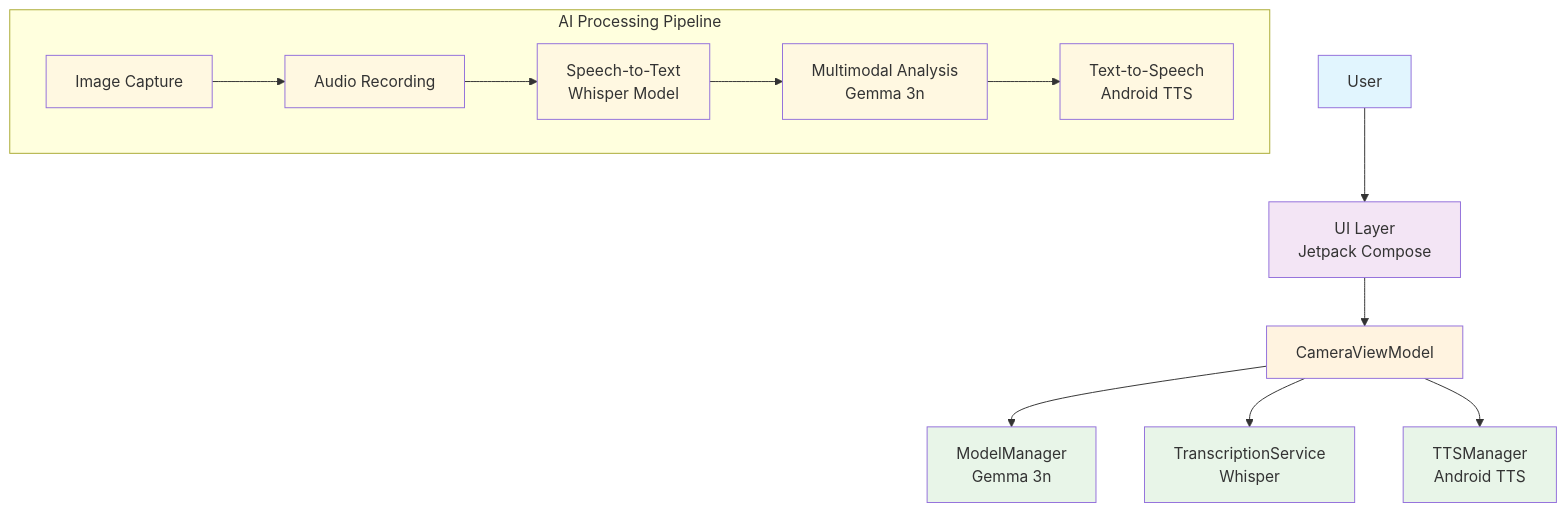
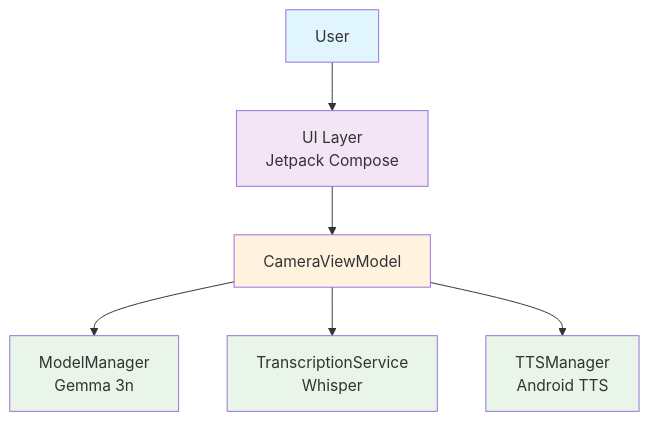
The first of 2 diagrams in README.md (JahnKhan/saveme-app), drawn with Mermaid before and after one commit. The commit also changed other lines of this file, not shown here.

````diff
--- a/README.md
+++ b/README.md
@@ -74,27 +56,15 @@
 ```mermaid
 graph TD
     A[User] --> B[UI Layer<br/>Jetpack Compose]
     B --> C[CameraViewModel]
     C --> D[ModelManager<br/>Gemma 3n]
     C --> E[TranscriptionService<br/>Whisper]
     C --> F[TTSManager<br/>Android TTS]
     
-    subgraph "AI Processing Pipeline"
-        G[Image Capture] --> H[Audio Recording]
-        H --> I[Speech-to-Text<br/>Whisper Model]
-        I --> J[Multimodal Analysis<br/>Gemma 3n]
-        J --> K[Text-to-Speech<br/>Android TTS]
-    end
-    
     style A fill:#e1f5fe
     style B fill:#f3e5f5
     style C fill:#fff3e0
     style D fill:#e8f5e8
     style E fill:#e8f5e8
     style F fill:#e8f5e8
-    style G fill:#fff8e1
-    style H fill:#fff8e1
-    style I fill:#fff8e1
-    style J fill:#fff8e1
-    style K fill:#fff8e1
 ```
````
